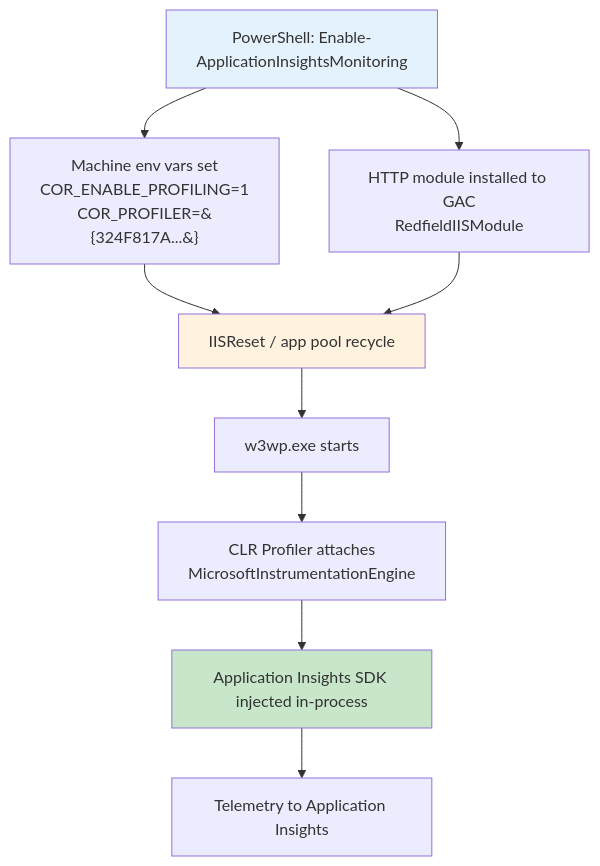
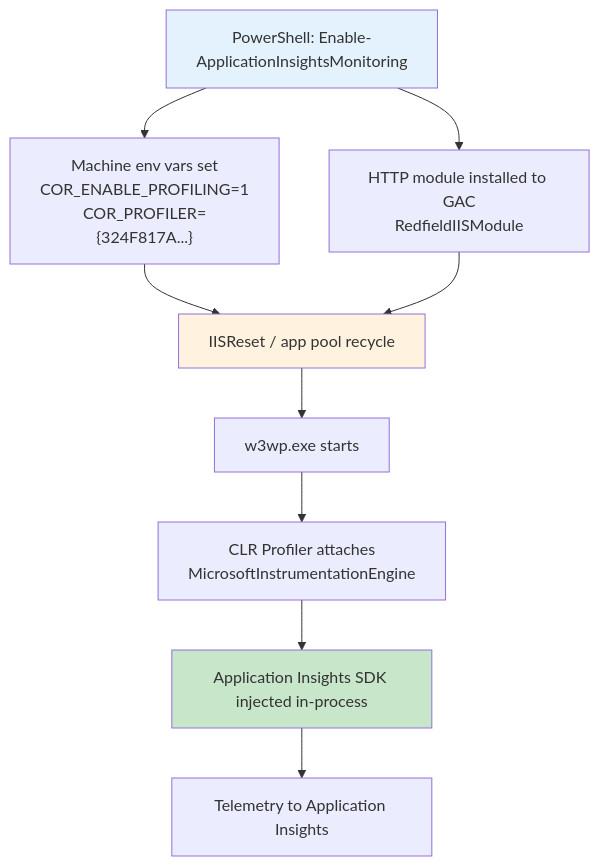
One commit to CalinL/azure-architecture-guidance changed diagram 12 of 13 in monitor/application-insights-comprehensive-guide.md. Above: the diagram before and after it, drawn with Mermaid.

Commit message:
fix: correct formatting of environment variable in Application Insights guide

````diff
--- a/monitor/application-insights-comprehensive-guide.md
+++ b/monitor/application-insights-comprehensive-guide.md
@@ -1436,24 +1436,24 @@
 ```mermaid
 flowchart TB
     PS[PowerShell: Enable-ApplicationInsightsMonitoring]
-    ENV[Machine env vars set<br/>COR_ENABLE_PROFILING=1<br/>COR_PROFILER=&#123;324F817A...&#125;]
+  ENV["Machine env vars set<br/>COR_ENABLE_PROFILING=1<br/>COR_PROFILER={324F817A...}"]
     GAC[HTTP module installed to GAC<br/>RedfieldIISModule]
     RESET[IISReset / app pool recycle]
     W3WP[w3wp.exe starts]
     PROF[CLR Profiler attaches<br/>MicrosoftInstrumentationEngine]
     SDK[Application Insights SDK injected in-process]
     AI[Telemetry to Application Insights]
 
     PS --> ENV
     PS --> GAC
     ENV --> RESET
     GAC --> RESET
     RESET --> W3WP
     W3WP --> PROF
     PROF --> SDK
     SDK --> AI
 
     style PS fill:#e3f2fd
     style SDK fill:#c8e6c9
     style RESET fill:#fff3e0
 ```
````
